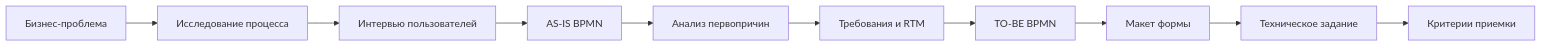
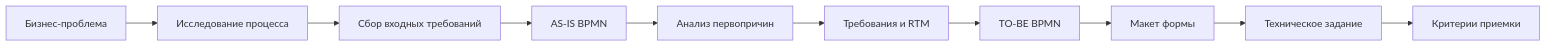
The first of 2 diagrams in portfolio-projects/02-bpmn-1c-requirements/README.md (druzhinskaia/druzhinskaia.github.io), drawn with Mermaid before and after one commit. The commit also changed other lines of this file and 17 other files, not shown here.

````diff
--- a/portfolio-projects/02-bpmn-1c-requirements/README.md
+++ b/portfolio-projects/02-bpmn-1c-requirements/README.md
@@ -31,12 +31,12 @@
 ```mermaid
 flowchart LR
     A["Бизнес-проблема"] --> B["Исследование процесса"]
-    B --> C["Интервью пользователей"]
+    B --> C["Сбор входных требований"]
     C --> D["AS-IS BPMN"]
     D --> E["Анализ первопричин"]
     E --> F["Требования и RTM"]
     F --> G["TO-BE BPMN"]
     G --> H["Макет формы"]
     H --> I["Техническое задание"]
     I --> J["Критерии приемки"]
 ```
````
